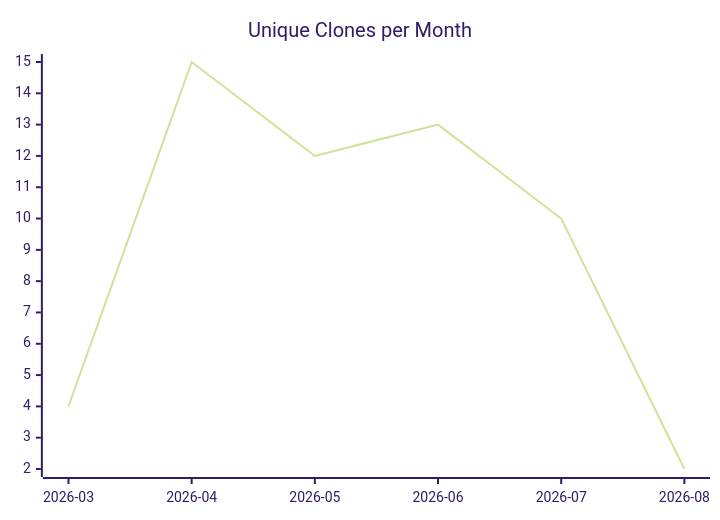
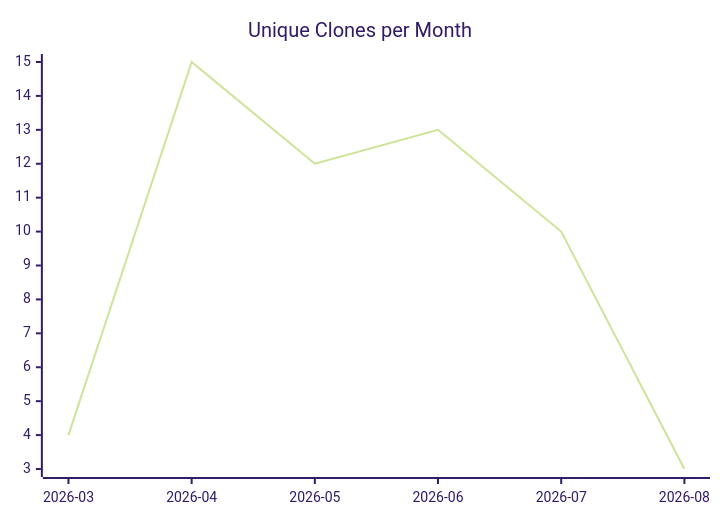
The third of 3 diagrams in karlmdavis/ansible-role-bind-dns/README.md (justdavis-family/github-analytics-data), drawn with Mermaid (forest theme) before and after one commit. The commit also changed other lines of this file and 156 other files, not shown here.

````diff
--- a/karlmdavis/ansible-role-bind-dns/README.md
+++ b/karlmdavis/ansible-role-bind-dns/README.md
@@ -19,6 +19,6 @@
 ```mermaid
 xychart-beta
   title "Unique Clones per Month"
   x-axis ["2026-03", "2026-04", "2026-05", "2026-06", "2026-07", "2026-08"]
-  line [4, 15, 12, 13, 10, 2]
+  line [4, 15, 12, 13, 10, 3]
 ```
````
